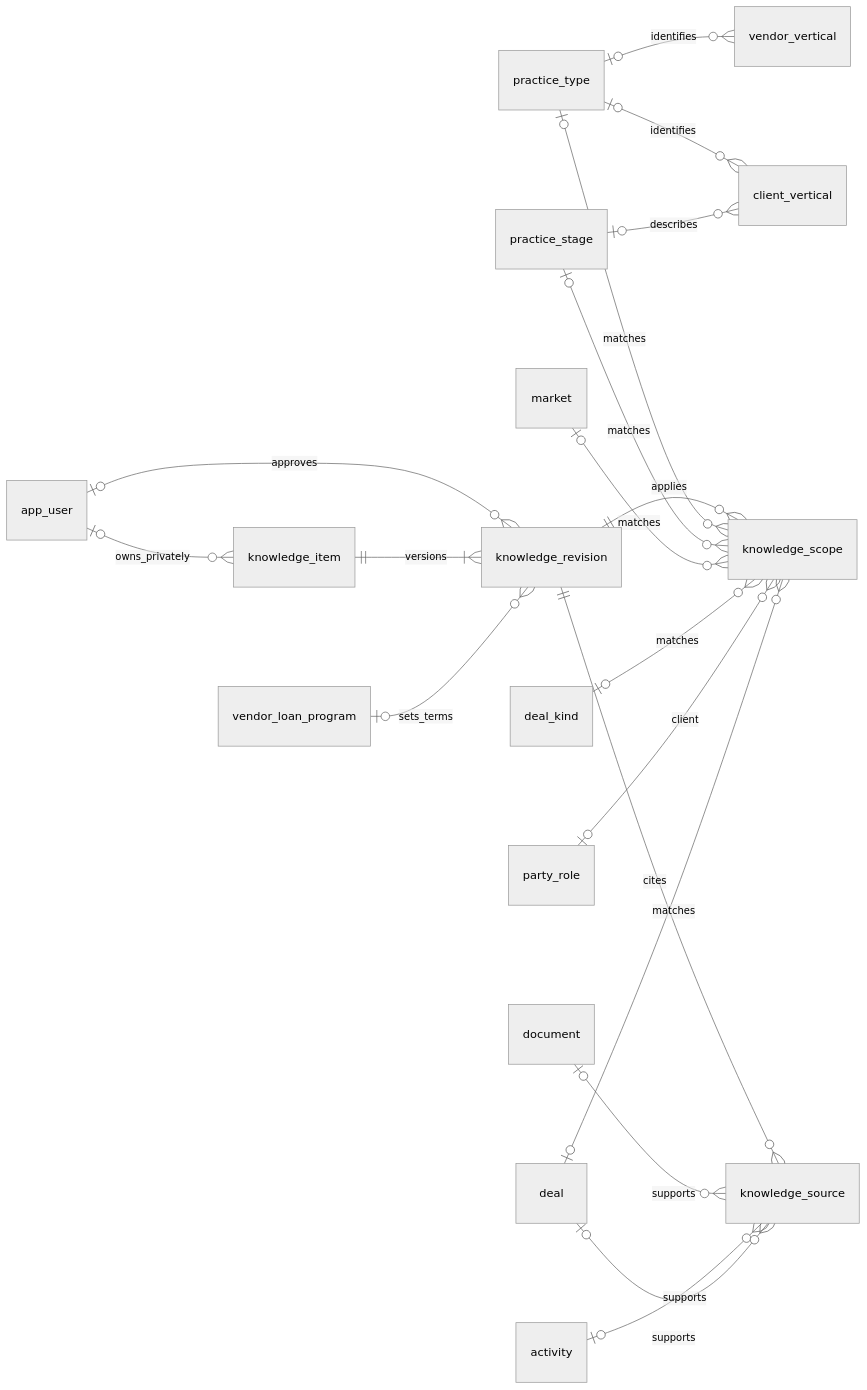
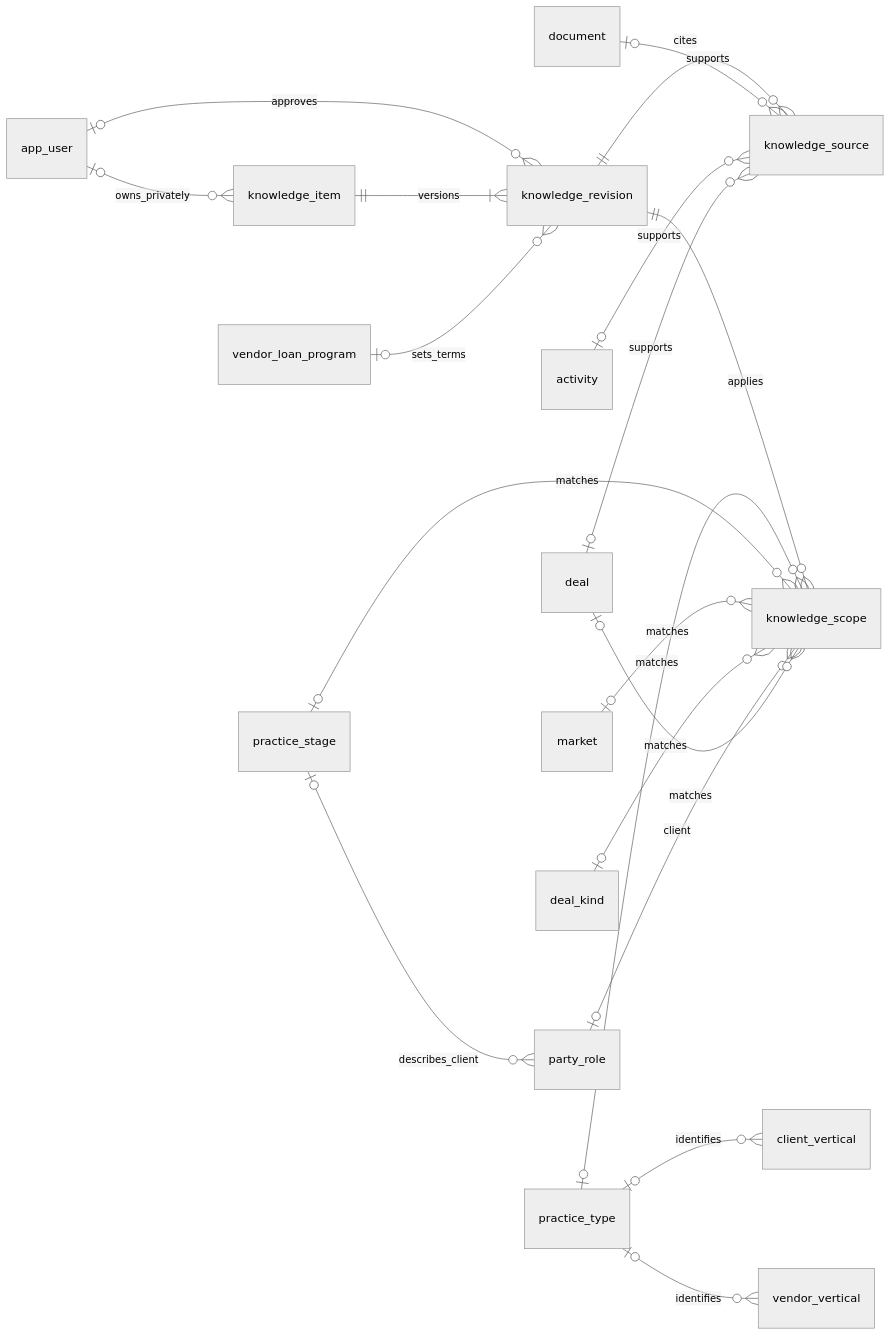
One commit to DoctorCRE/doctorcre-engine changed the first of 4 diagrams in docs/knowledge/tables.md. Above: the diagram before and after it, drawn with Mermaid (neutral theme). The commit also changed other lines of this file and 4 other files, not shown here.

````diff
--- a/docs/knowledge/tables.md
+++ b/docs/knowledge/tables.md
@@ -9,22 +9,22 @@
 ```mermaid
 erDiagram
     direction LR
     practice_type o|--o{ client_vertical : identifies
     practice_type o|--o{ vendor_vertical : identifies
-    practice_stage o|--o{ client_vertical : describes
+    practice_stage o|--o{ party_role : describes_client
     app_user o|--o{ knowledge_item : owns_privately
     app_user o|--o{ knowledge_revision : approves
     knowledge_item ||--|{ knowledge_revision : versions
     knowledge_revision ||--o{ knowledge_source : cites
     knowledge_revision ||--o{ knowledge_scope : applies
     document o|--o{ knowledge_source : supports
     activity o|--o{ knowledge_source : supports
     deal o|--o{ knowledge_source : supports
     practice_type o|--o{ knowledge_scope : matches
     practice_stage o|--o{ knowledge_scope : matches
     market o|--o{ knowledge_scope : matches
     deal_kind o|--o{ knowledge_scope : matches
     party_role o|--o{ knowledge_scope : client
     deal o|--o{ knowledge_scope : matches
     vendor_loan_program o|--o{ knowledge_revision : sets_terms
 ```
````
